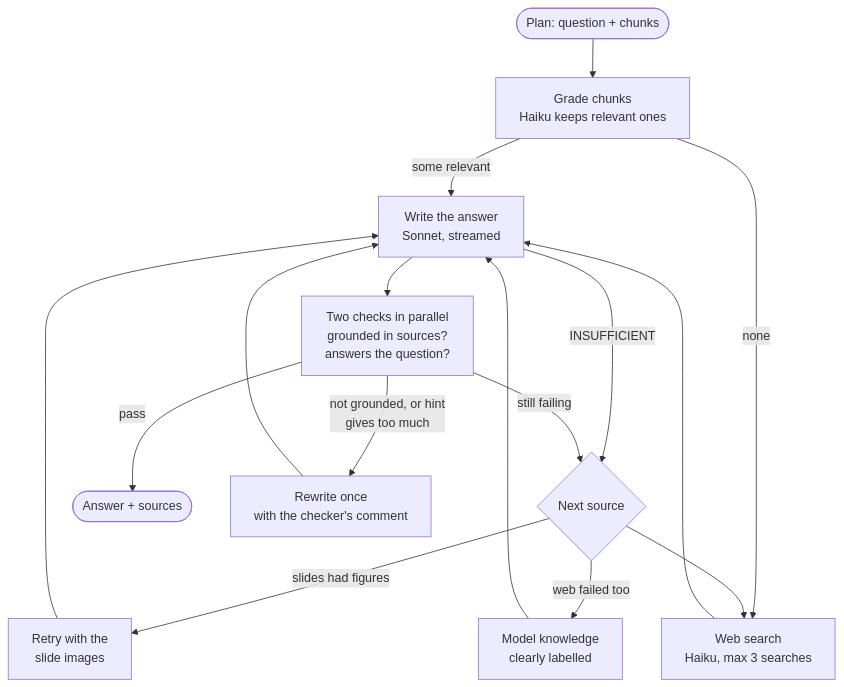
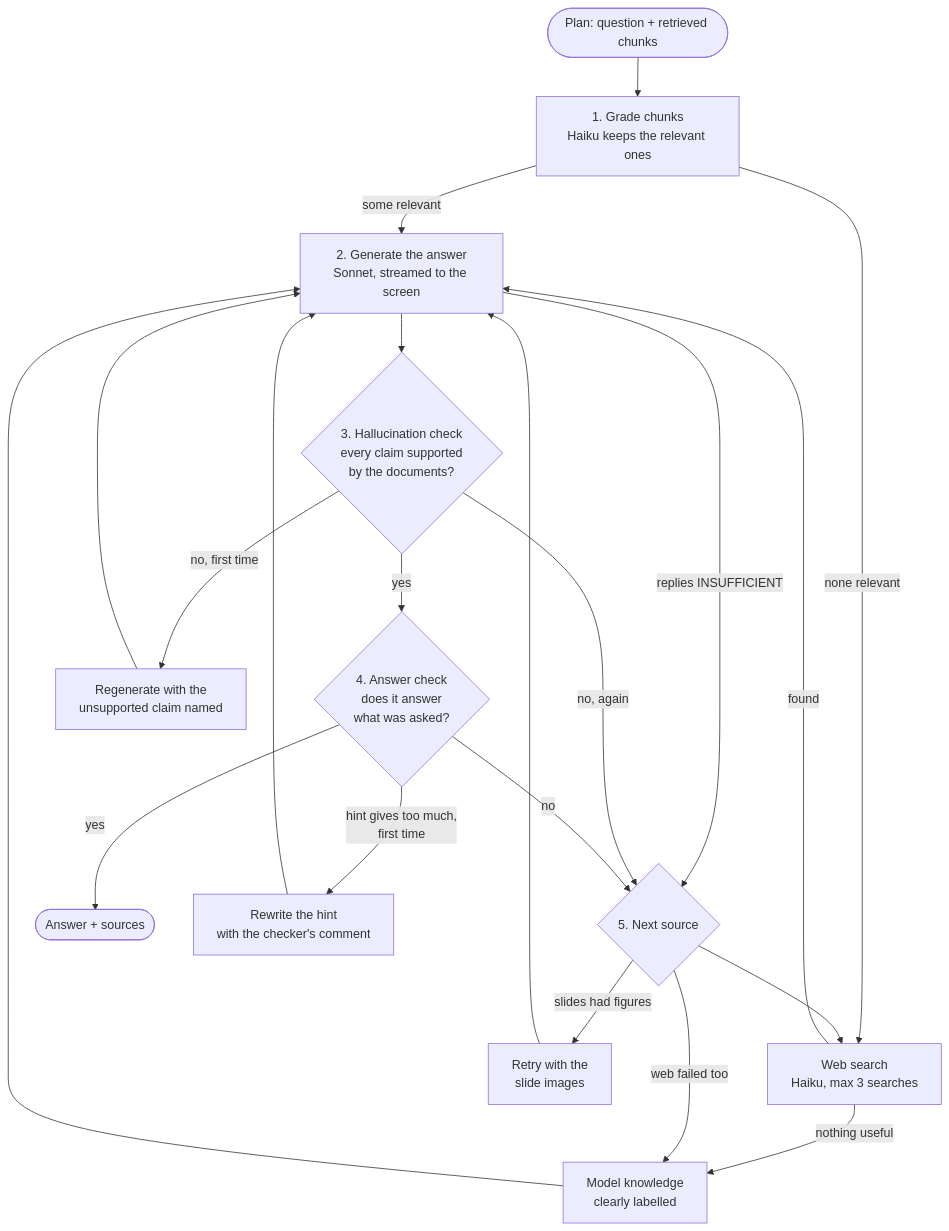
One commit to minbad0710/NTU---RAG changed the fifth of 5 diagrams in README.md. Above: the diagram before and after it, drawn with Mermaid. The commit also changed other lines of this file and 1 other file, not shown here.

First line of the commit message:
Run the hallucination check before the answer check

````diff
--- a/README.md
+++ b/README.md
@@ -210,18 +210,23 @@
 ```mermaid
 flowchart TD
-    START([Plan: question + chunks]) --> GR[Grade chunks<br/>Haiku keeps relevant ones]
-    GR -- some relevant --> GEN[Write the answer<br/>Sonnet, streamed]
-    GR -- none --> WEB
-    GEN -- INSUFFICIENT --> NEXT
-    GEN --> CHK[Two checks in parallel<br/>grounded in sources?<br/>answers the question?]
-    CHK -- pass --> DONE([Answer + sources])
-    CHK -- not grounded, or hint<br/>gives too much --> RETRY[Rewrite once<br/>with the checker's comment]
-    RETRY --> GEN
-    CHK -- still failing --> NEXT{Next source}
+    START([Plan: question + retrieved chunks]) --> GR[1. Grade chunks<br/>Haiku keeps the relevant ones]
+    GR -- some relevant --> GEN[2. Generate the answer<br/>Sonnet, streamed to the screen]
+    GR -- none relevant --> WEB
+    GEN -- replies INSUFFICIENT --> NEXT
+    GEN --> HAL{3. Hallucination check<br/>every claim supported<br/>by the documents?}
+    HAL -- yes --> ANS{4. Answer check<br/>does it answer<br/>what was asked?}
+    HAL -- no, first time --> FIX1[Regenerate with the<br/>unsupported claim named]
+    FIX1 --> GEN
+    HAL -- no, again --> NEXT
+    ANS -- yes --> DONE([Answer + sources])
+    ANS -- hint gives too much,<br/>first time --> FIX2[Rewrite the hint<br/>with the checker's comment]
+    FIX2 --> GEN
+    ANS -- no --> NEXT{5. Next source}
     NEXT -- slides had figures --> IMG[Retry with the<br/>slide images]
     IMG --> GEN
     NEXT --> WEB[Web search<br/>Haiku, max 3 searches]
-    WEB --> GEN
+    WEB -- found --> GEN
+    WEB -- nothing useful --> MOD
     NEXT -- web failed too --> MOD[Model knowledge<br/>clearly labelled]
     MOD --> GEN
 ```
````
